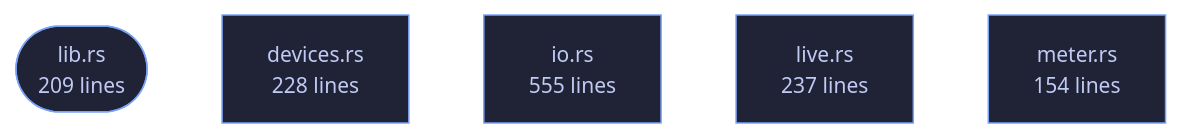
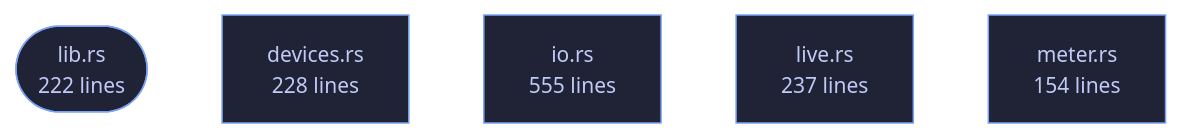
One commit to tilas01/veilvoice changed the diagram in wiki/Crate-veilvoice-audio.md. Above: the diagram before and after it, drawn with Mermaid. The commit also changed other lines of this file and 182 other files, not shown here.

````diff
--- a/wiki/Crate-veilvoice-audio.md
+++ b/wiki/Crate-veilvoice-audio.md
@@ -53,14 +67,14 @@
 ```mermaid
 %%{init: {"theme":"base","themeVariables":{"background":"#1a1b26","primaryColor":"#1f2335","primaryTextColor":"#c0caf5","primaryBorderColor":"#7aa2f7","secondaryColor":"#16161e","tertiaryColor":"#16161e","lineColor":"#737aa2","textColor":"#c0caf5","mainBkg":"#1f2335","nodeBorder":"#7aa2f7","clusterBkg":"#16161e","clusterBorder":"#2f3549","fontFamily":"ui-monospace, SFMono-Regular, Consolas, monospace","fontSize":"14px"}}}%%
 flowchart TD
-    n_lib(["lib.rs<br/>209 lines"])
+    n_lib(["lib.rs<br/>222 lines"])
     n_devices["devices.rs<br/>228 lines"]
     n_io["io.rs<br/>555 lines"]
     n_live["live.rs<br/>237 lines"]
     n_meter["meter.rs<br/>154 lines"]
     click n_lib href "https://github.com/tilas01/veilvoice/blob/main/crates/veilvoice-audio/src/lib.rs" "open the source"
     click n_devices href "https://github.com/tilas01/veilvoice/blob/main/crates/veilvoice-audio/src/devices.rs" "open the source"
     click n_io href "https://github.com/tilas01/veilvoice/blob/main/crates/veilvoice-audio/src/io.rs" "open the source"
     click n_live href "https://github.com/tilas01/veilvoice/blob/main/crates/veilvoice-audio/src/live.rs" "open the source"
     click n_meter href "https://github.com/tilas01/veilvoice/blob/main/crates/veilvoice-audio/src/meter.rs" "open the source"
 ```
````
